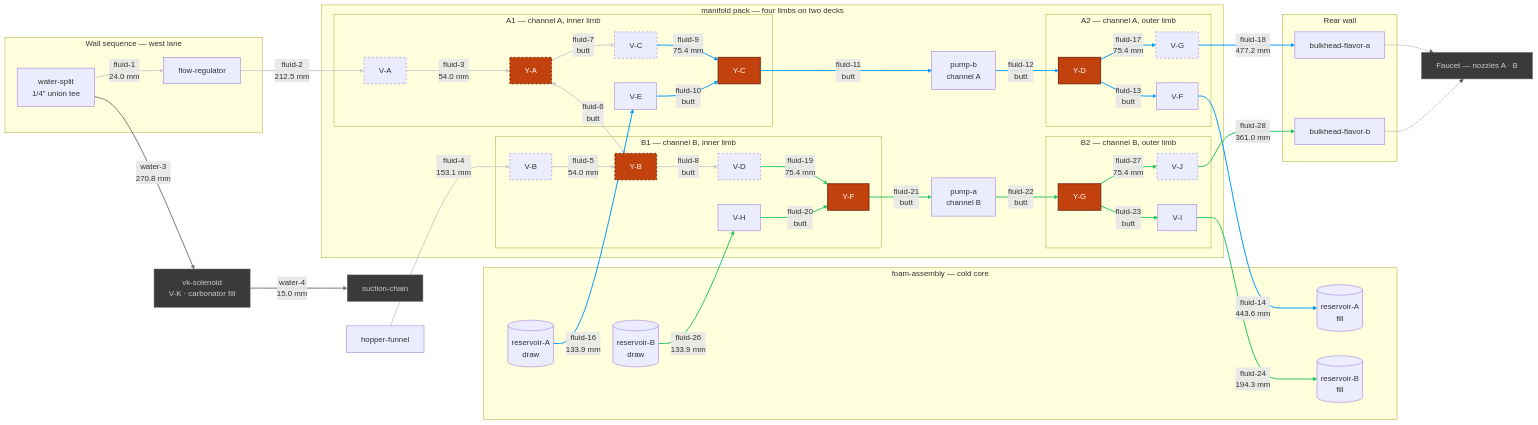
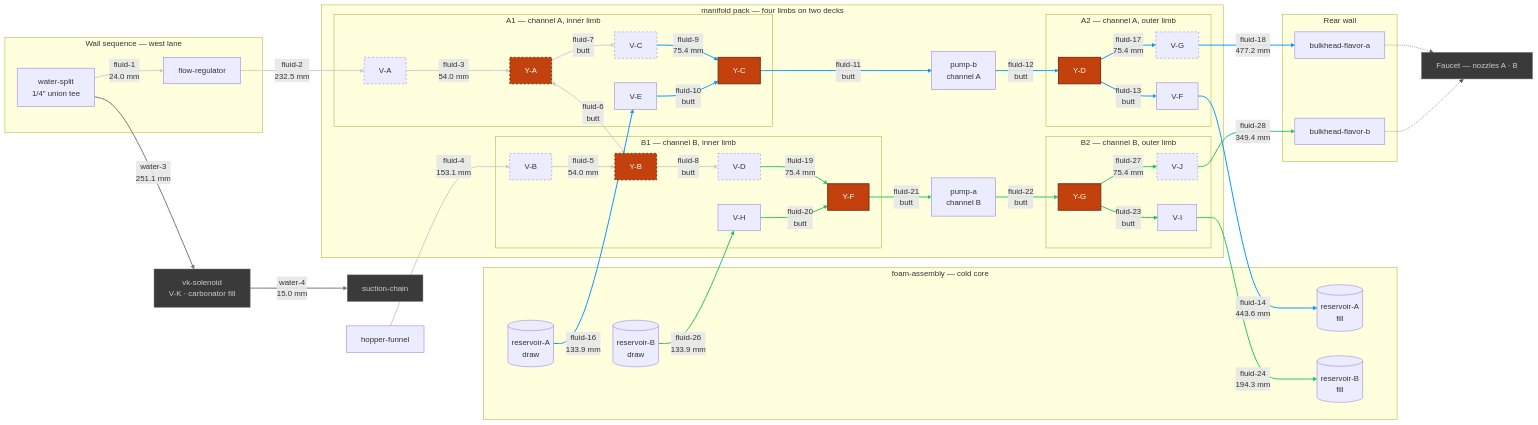
Before and after one commit to derekbreden/homesodamachine: the diagram in hardware/topology/fluid-topology-manifold.mmd, drawn with Mermaid. The commit also changed 23 other files, not shown here.

```diff
--- a/hardware/topology/fluid-topology-manifold.mmd
+++ b/hardware/topology/fluid-topology-manifold.mmd
@@ -14,7 +14,7 @@
   %% [26](SEGMENT_COUNT) flavor segments. [11](BUTT_COUNT) are collet butted to collet and carry
   %% no tube at all; [9](DRAWN_COUNT) are swept runs between placed bodies; the rest are the
   %% hinge's four hairpins and the source pair's two quarter-and-step turns. What is cut comes to
-  %% [2543.1 mm](FLUID_TOTAL) of 1/4" LLDPE over [39](FLUID_BENDS) corners, and the longest is
+  %% [2551.4 mm](FLUID_TOTAL) of 1/4" LLDPE over [39](FLUID_BENDS) corners, and the longest is
   %% [fluid-18](LONGEST_ID) at [477.2 mm](LONGEST_LEN). [0](OPEN_COUNT) are mouths with nothing
   %% on the far end of them: EVERY FLAVOR SEGMENT IN THIS CHART IS MADE. The hopper's gravity
   %% drain is drawn like the rest — the funnel is seated in the box rather than placed in the
@@ -115,7 +115,7 @@
   %% V-B come off the folded deck's plane on a quarter turn of R14, then step 28 mm further along
   %% the run and 14 mm across it, toward the cold core's crown.
   Split -->|"fluid-1<br/>24.0 mm"| FlowReg
-  FlowReg -->|"fluid-2<br/>212.5 mm"| VA
+  FlowReg -->|"fluid-2<br/>232.5 mm"| VA
   VA -->|"fluid-3<br/>54.0 mm"| YA
   Hopper -->|"fluid-4<br/>153.1 mm"| VB
   VB -->|"fluid-5<br/>54.0 mm"| YB
@@ -154,7 +154,7 @@
   VI -->|"fluid-24<br/>194.3 mm"| ResBFill
   ResB -->|"fluid-26<br/>133.9 mm"| VH
   YG -->|"fluid-27<br/>75.4 mm"| VJ
-  VJ -->|"fluid-28<br/>361.0 mm"| BhB
+  VJ -->|"fluid-28<br/>349.4 mm"| BhB
 
   %% =========================
   %% V-K's own two runs — the carbonator circuit, through this bay
@@ -162,7 +162,7 @@
   %% V-K gates the carbonator fill off the same split fluid-1 leaves. It stands on the cold core's
   %% crown, east of the SeaFlo, and water-3 is the one run in the assembly that crosses the whole
   %% machine — the split is in the west lane, V-K is on the east, and its inlet faces forward.
-  Split -->|"water-3<br/>270.8 mm"| VK
+  Split -->|"water-3<br/>251.1 mm"| VK
   VK -->|"water-4<br/>15.0 mm"| SuctChain
 
   %% =========================
```
